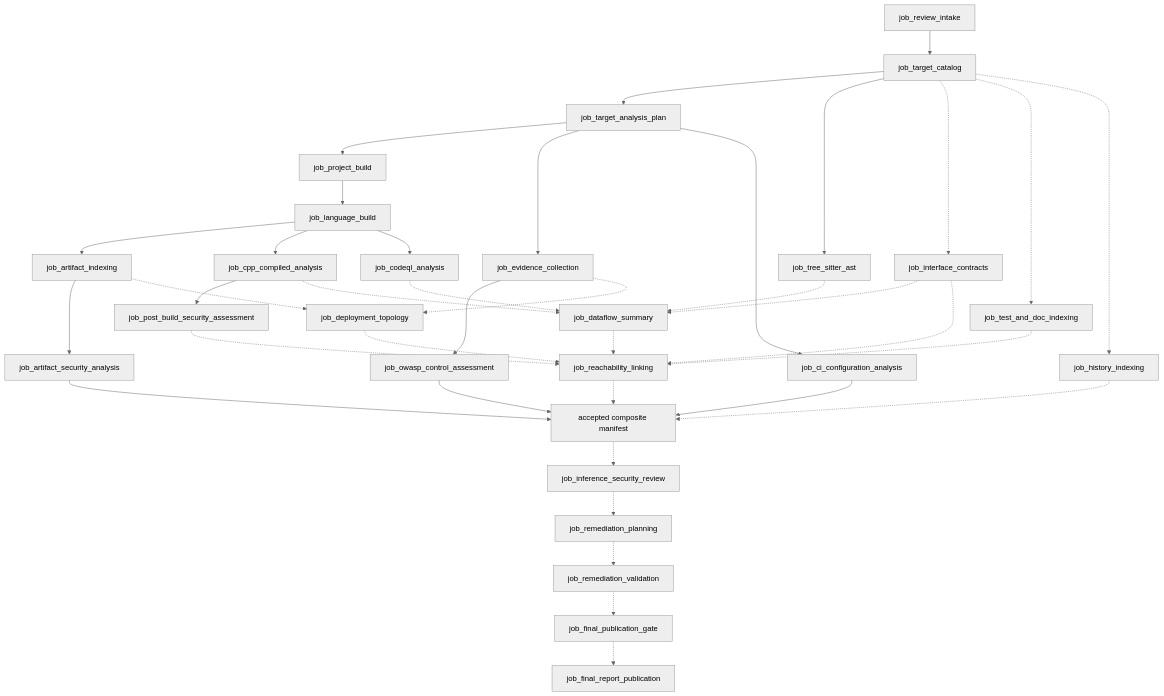
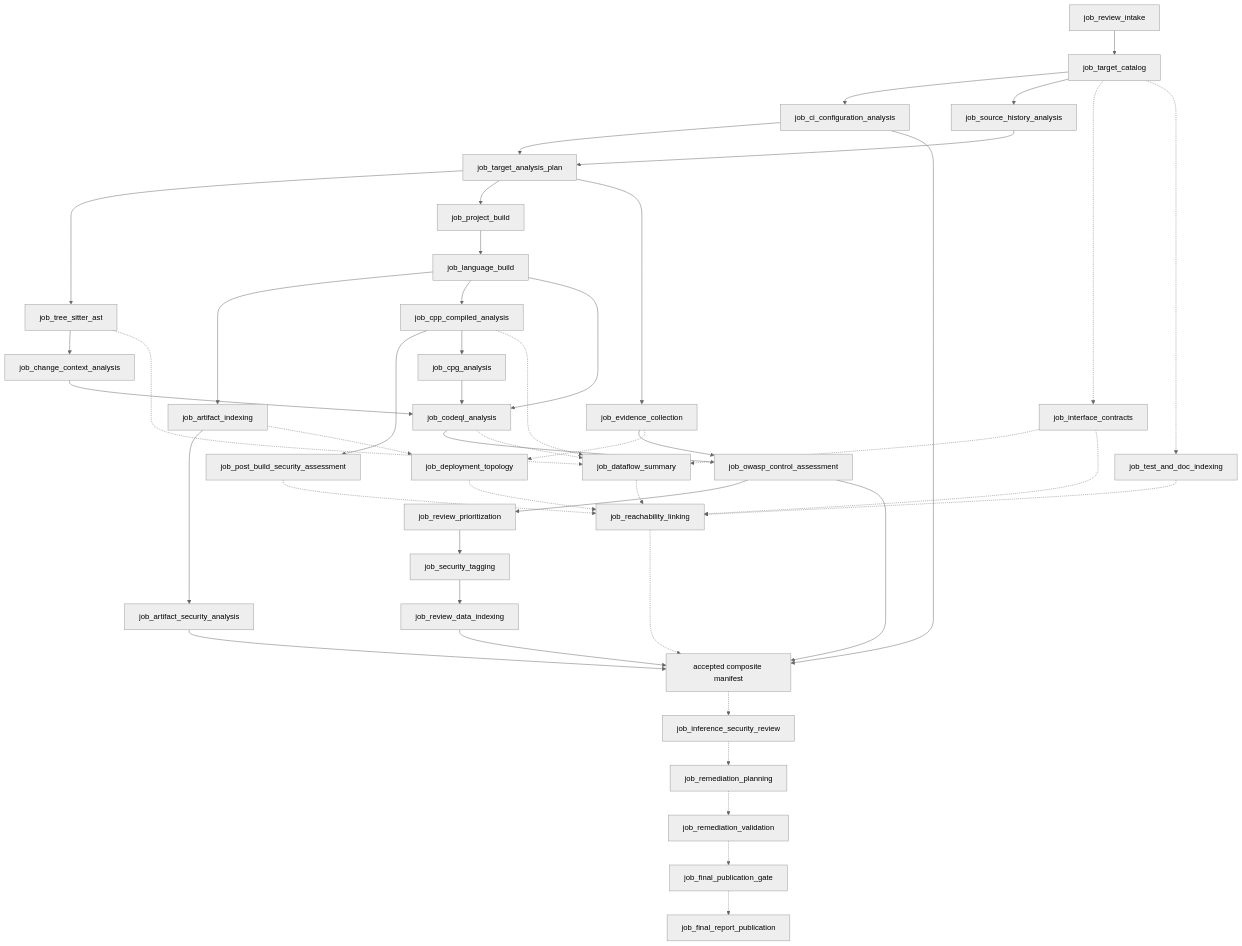
Before and after one commit to wsollers/appsec-review: the diagram in docs/architecture/evidence-sources-and-dataflow-retrieval.md, drawn with Mermaid (neutral theme). The commit also changed other lines of this file and 30 other files, not shown here.

````diff
--- a/docs/architecture/evidence-sources-and-dataflow-retrieval.md
+++ b/docs/architecture/evidence-sources-and-dataflow-retrieval.md
@@ -251,38 +256,45 @@
 ```mermaid
 flowchart TD
   I[job_review_intake] --> C[job_target_catalog]
-  C --> P[job_target_analysis_plan]
-  C --> TS[job_tree_sitter_ast]
+  C --> CI[job_ci_configuration_analysis]
+  C --> SH[job_source_history_analysis]
+  CI --> P[job_target_analysis_plan]
+  SH --> P
+  P --> TS[job_tree_sitter_ast] --> CC[job_change_context_analysis]
   P --> PB[job_project_build] --> LB[job_language_build]
   P --> EC[job_evidence_collection]
-  P --> CI[job_ci_configuration_analysis]
   LB --> AI[job_artifact_indexing] --> AS[job_artifact_security_analysis]
   LB --> CPP[job_cpp_compiled_analysis] --> PBS[job_post_build_security_assessment]
+  CPP --> CPG[job_cpg_analysis]
   LB --> CQ[job_codeql_analysis]
+  CPG --> CQ
+  CC --> CQ
   EC --> OW[job_owasp_control_assessment]
+  CQ --> OW
+  OW --> RP0[job_review_prioritization] --> ST[job_security_tagging]
+  ST --> RD[job_review_data_indexing]
 
   C -.-> IC[job_interface_contracts]
   C -.-> TD[job_test_and_doc_indexing]
-  C -.-> H[job_history_indexing]
   EC -.-> DT[job_deployment_topology]
   AI -.-> DT
 
   CQ -.-> DF[job_dataflow_summary]
   CPP -.-> DF
   TS -.-> DF
   IC -.-> DF
 
   DF -.-> RX[job_reachability_linking]
   IC -.-> RX
   DT -.-> RX
   TD -.-> RX
   PBS -.-> RX
 
   RX -.-> M[accepted composite manifest]
   AS --> M
   OW --> M
   CI --> M
-  H -.-> M
+  RD --> M
   M -.-> R[job_inference_security_review]
   R -.-> RP[job_remediation_planning] -.-> RV[job_remediation_validation] -.-> G[job_final_publication_gate] -.-> FR[job_final_report_publication]
 ```
````
